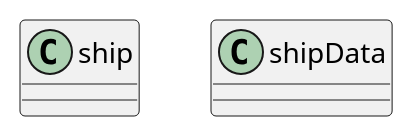
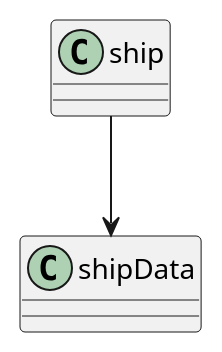
One commit to jsmarques98/LAPR3-ISEP changed the diagram in docs/Sprint 1/US104/DM_US104.puml. Above: the diagram before and after it, drawn with PlantUML. The commit also changed 2 other files, not shown here.

```diff
--- a/docs/Sprint 1/US104/DM_US104.puml
+++ b/docs/Sprint 1/US104/DM_US104.puml
@@ -1,6 +1,8 @@
 @startuml
 
 class ship
 class shipData
 
+ship-->shipData
+
 @enduml
```
